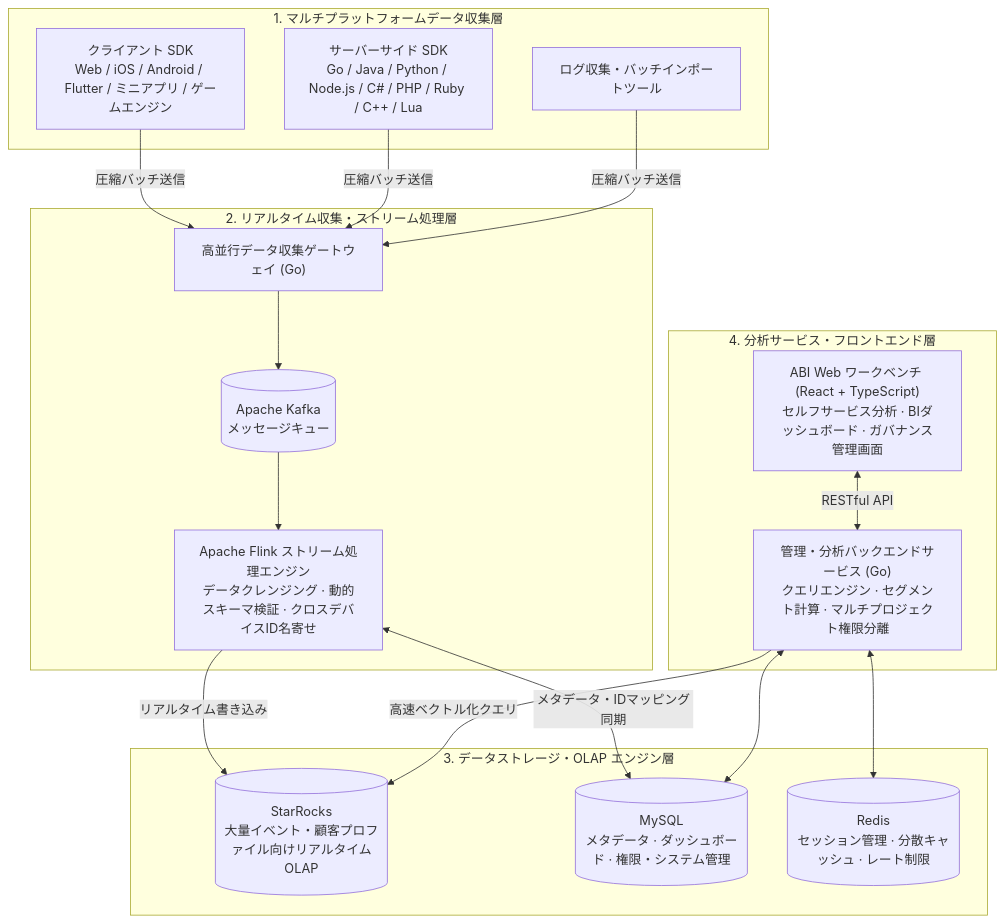
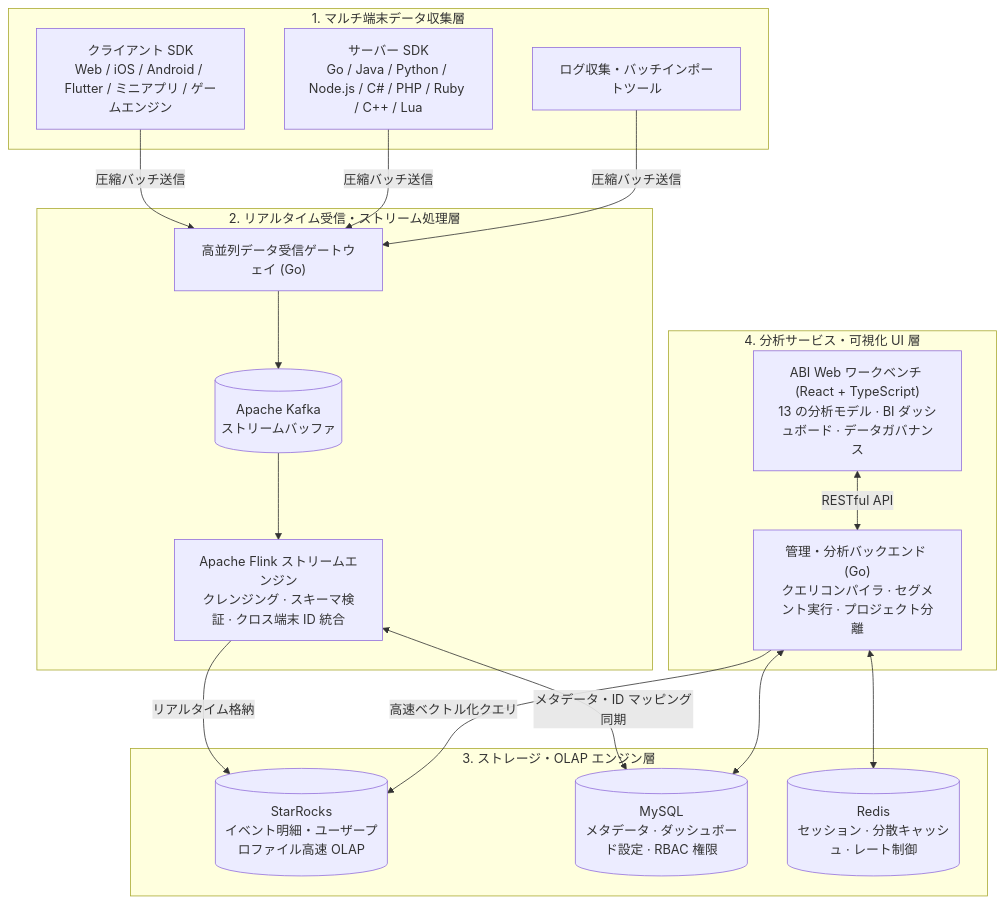
The diagram in README.ja.md (letmetodo/Analytics-Instrumentation-Event-Tracking), drawn with Mermaid before and after one commit. The commit also changed other lines of this file and 39 other files, not shown here.

````diff
--- a/README.ja.md
+++ b/README.ja.md
@@ -172,45 +233,45 @@
 ```mermaid
 flowchart TB
-    subgraph Collect["1. マルチプラットフォームデータ収集層"]
+    subgraph Collect["1. マルチ端末データ収集層"]
         Client["クライアント SDK
 Web / iOS / Android / Flutter / ミニアプリ / ゲームエンジン"]
-        Server["サーバーサイド SDK
+        Server["サーバー SDK
 Go / Java / Python / Node.js / C# / PHP / Ruby / C++ / Lua"]
         Import["ログ収集・バッチインポートツール"]
     end
 
-    subgraph Pipeline["2. リアルタイム収集・ストリーム処理層"]
-        Gateway["高並行データ収集ゲートウェイ (Go)"]
+    subgraph Pipeline["2. リアルタイム受信・ストリーム処理層"]
+        Gateway["高並列データ受信ゲートウェイ (Go)"]
         MQ[("Apache Kafka
-メッセージキュー")]
-        Stream["Apache Flink ストリーム処理エンジン
-データクレンジング · 動的スキーマ検証 · クロスデバイスID名寄せ"]
+ストリームバッファ")]
+        Stream["Apache Flink ストリームエンジン
+クレンジング · スキーマ検証 · クロス端末 ID 統合"]
     end
 
-    subgraph DataStore["3. データストレージ・OLAP エンジン層"]
+    subgraph DataStore["3. ストレージ・OLAP エンジン層"]
         OLAP[("StarRocks
-大量イベント・顧客プロファイル向けリアルタイムOLAP")]
+イベント明細・ユーザープロファイル高速 OLAP")]
         RDBMS[("MySQL
-メタデータ · ダッシュボード · 権限・システム管理")]
+メタデータ · ダッシュボード設定 · RBAC 権限")]
         Cache[("Redis
-セッション管理 · 分散キャッシュ · レート制限")]
+セッション · 分散キャッシュ · レート制御")]
     end
 
-    subgraph Application["4. 分析サービス・フロントエンド層"]
-        API["管理・分析バックエンドサービス (Go)
-クエリエンジン · セグメント計算 · マルチプロジェクト権限分離"]
+    subgraph Application["4. 分析サービス・可視化 UI 層"]
+        API["管理・分析バックエンド (Go)
+クエリコンパイラ · セグメント実行 · プロジェクト分離"]
         Web["ABI Web ワークベンチ (React + TypeScript)
-セルフサービス分析 · BIダッシュボード · ガバナンス管理画面"]
+13 の分析モデル · BI ダッシュボード · データガバナンス"]
     end
 
     Client & Server & Import -->|"圧縮バッチ送信"| Gateway
     Gateway --> MQ
     MQ --> Stream
-    Stream -->|"リアルタイム書き込み"| OLAP
-    Stream <-->|"メタデータ・IDマッピング同期"| RDBMS
+    Stream -->|"リアルタイム格納"| OLAP
+    Stream <-->|"メタデータ・ID マッピング同期"| RDBMS
 
     Web <-->|"RESTful API"| API
     API -->|"高速ベクトル化クエリ"| OLAP
     API <--> RDBMS
     API <--> Cache
 ```
````
